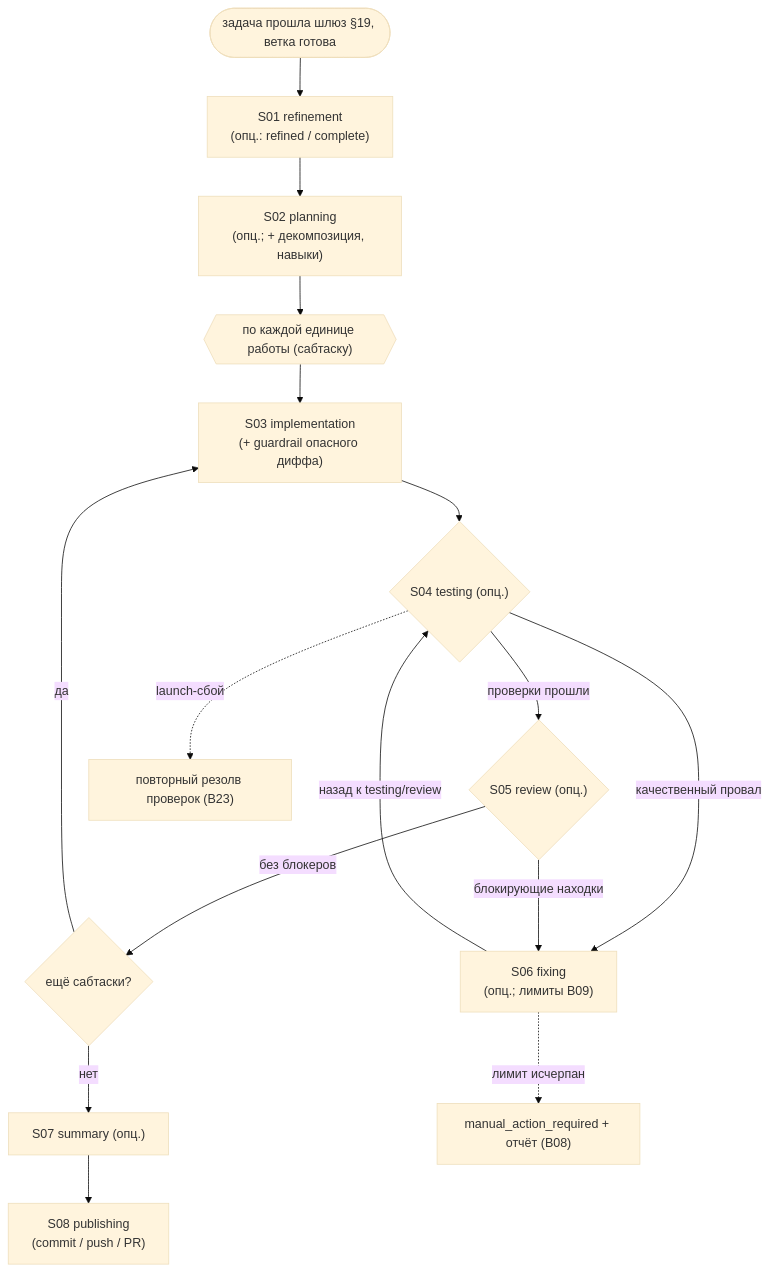
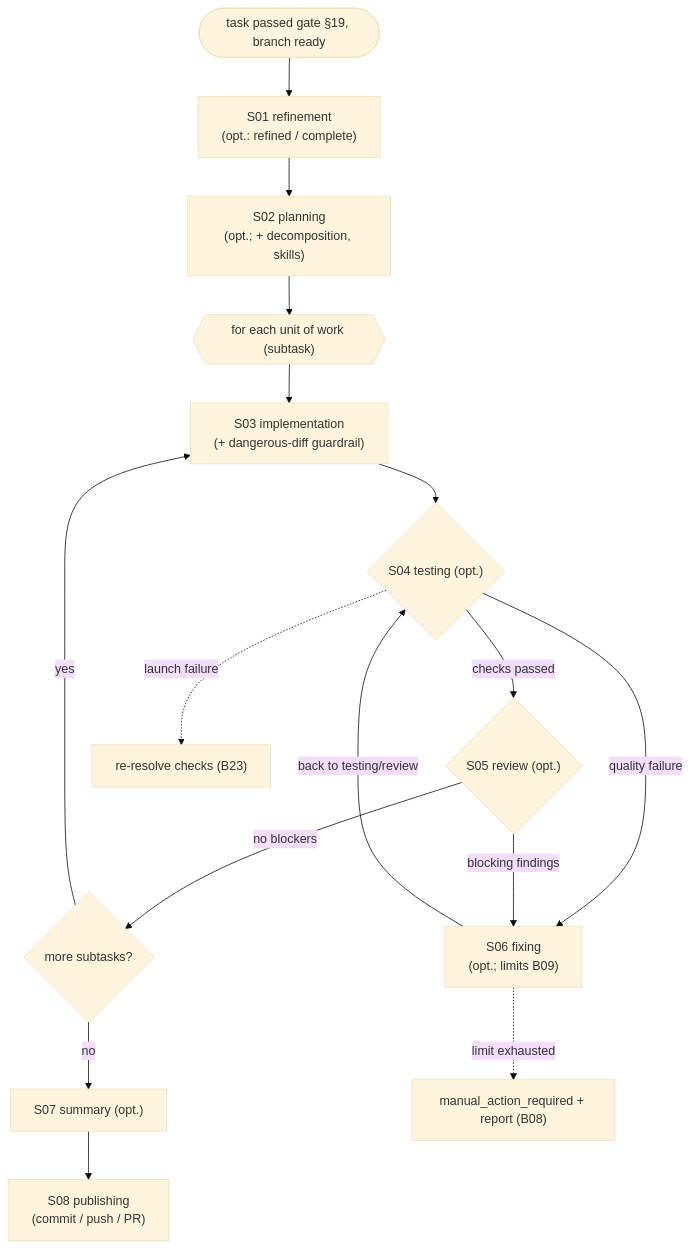
The diagram in docs/functional/flows/coding/index.md (VladimirMakarevich/wastech-orchestrator), drawn with Mermaid (base theme) before and after one commit. The commit also changed other lines of this file and 41 other files, not shown here.

Commit message:
docs: translate system flows documentation from Russian to English, ensuring clarity and consistency in terminology. Update sequence diagrams and flowcharts to reflect the changes in language. Maintain the structure and references to blocks for ease of navigation.

````diff
--- a/docs/functional/flows/coding/index.md
+++ b/docs/functional/flows/coding/index.md
@@ -9,18 +9,18 @@
 ```mermaid
 flowchart TB
-    start(["задача прошла шлюз §19, ветка готова"]) --> s1["S01 refinement<br/>(опц.: refined / complete)"]
-    s1 --> s2["S02 planning<br/>(опц.; + декомпозиция, навыки)"]
-    s2 --> unit{{"по каждой единице работы (сабтаску)"}}
-    unit --> s3["S03 implementation<br/>(+ guardrail опасного диффа)"]
-    s3 --> s4{"S04 testing (опц.)"}
-    s4 -->|проверки прошли| s5{"S05 review (опц.)"}
-    s4 -->|качественный провал| s6["S06 fixing<br/>(опц.; лимиты B09)"]
-    s4 -.->|launch-сбой| reres["повторный резолв проверок (B23)"]
-    s5 -->|без блокеров| nextunit{"ещё сабтаски?"}
-    s5 -->|блокирующие находки| s6
-    s6 -->|назад к testing/review| s4
-    nextunit -->|да| s3
-    nextunit -->|нет| s7["S07 summary (опц.)"]
+    start(["task passed gate §19, branch ready"]) --> s1["S01 refinement<br/>(opt.: refined / complete)"]
+    s1 --> s2["S02 planning<br/>(opt.; + decomposition, skills)"]
+    s2 --> unit{{"for each unit of work (subtask)"}}
+    unit --> s3["S03 implementation<br/>(+ dangerous-diff guardrail)"]
+    s3 --> s4{"S04 testing (opt.)"}
+    s4 -->|checks passed| s5{"S05 review (opt.)"}
+    s4 -->|quality failure| s6["S06 fixing<br/>(opt.; limits B09)"]
+    s4 -.->|launch failure| reres["re-resolve checks (B23)"]
+    s5 -->|no blockers| nextunit{"more subtasks?"}
+    s5 -->|blocking findings| s6
+    s6 -->|back to testing/review| s4
+    nextunit -->|yes| s3
+    nextunit -->|no| s7["S07 summary (opt.)"]
     s7 --> s8["S08 publishing<br/>(commit / push / PR)"]
-    s6 -.->|лимит исчерпан| manual["manual_action_required + отчёт (B08)"]
+    s6 -.->|limit exhausted| manual["manual_action_required + report (B08)"]
 ```
````
